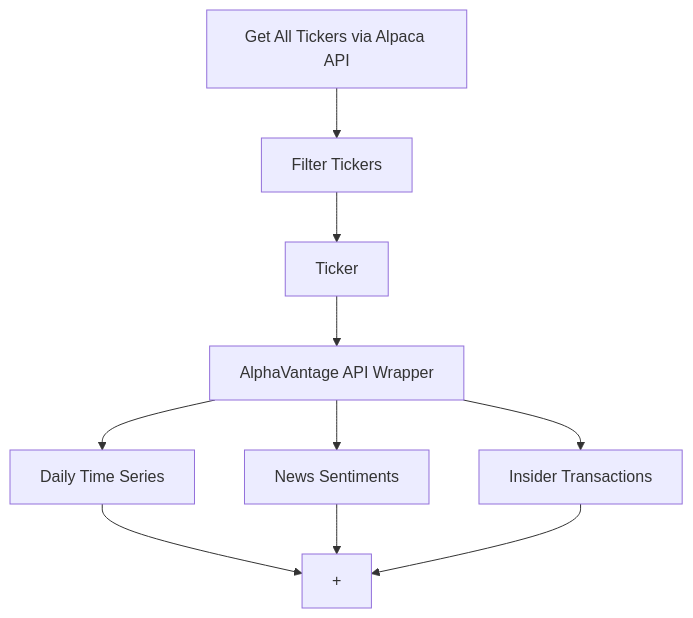
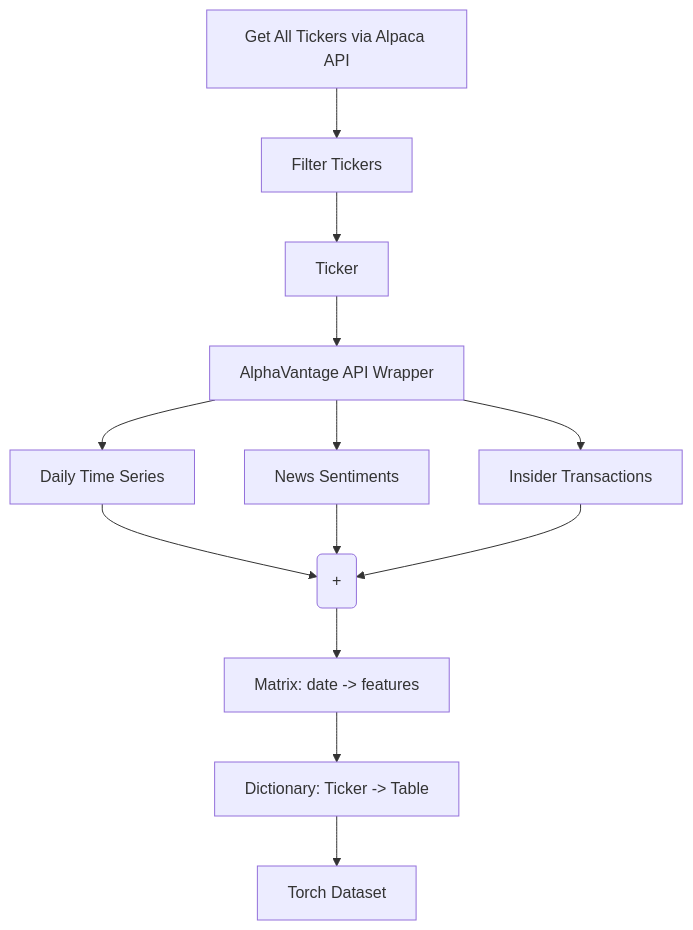
Before and after one commit to KYZZHECIK/stock_solver: the diagram in README.md, drawn with Mermaid.

````diff
--- a/README.md
+++ b/README.md
@@ -32,12 +32,15 @@
 ```mermaid
 flowchart TD
     GetAllTickers[Get All Tickers via Alpaca API] --> FilterTickers[Filter Tickers]
     FilterTickers --> Ticker[Ticker]
     Ticker --> AV[AlphaVantage API Wrapper]
     AV --> AVTS[Daily Time Series]
     AV --> AVNS[News Sentiments]
     AV --> AVIT[Insider Transactions]
-    AVTS --> Concat[+]
-    AVNS --> Concat[+]
-    AVIT --> Concat[+]
+    AVTS --> Concat(+)
+    AVNS --> Concat
+    AVIT --> Concat
+    Concat --> FeatureTable[Matrix: date -> features]
+    FeatureTable --> Dict[Dictionary: Ticker -> Table]
+    Dict --> Dataset[Torch Dataset]
 ```
````
